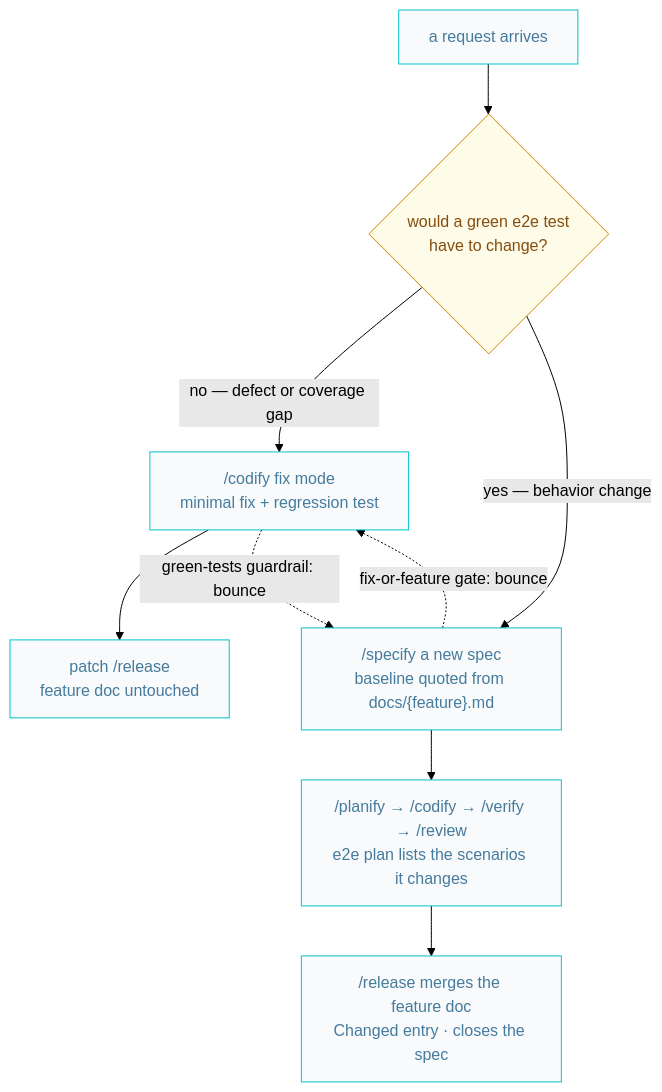
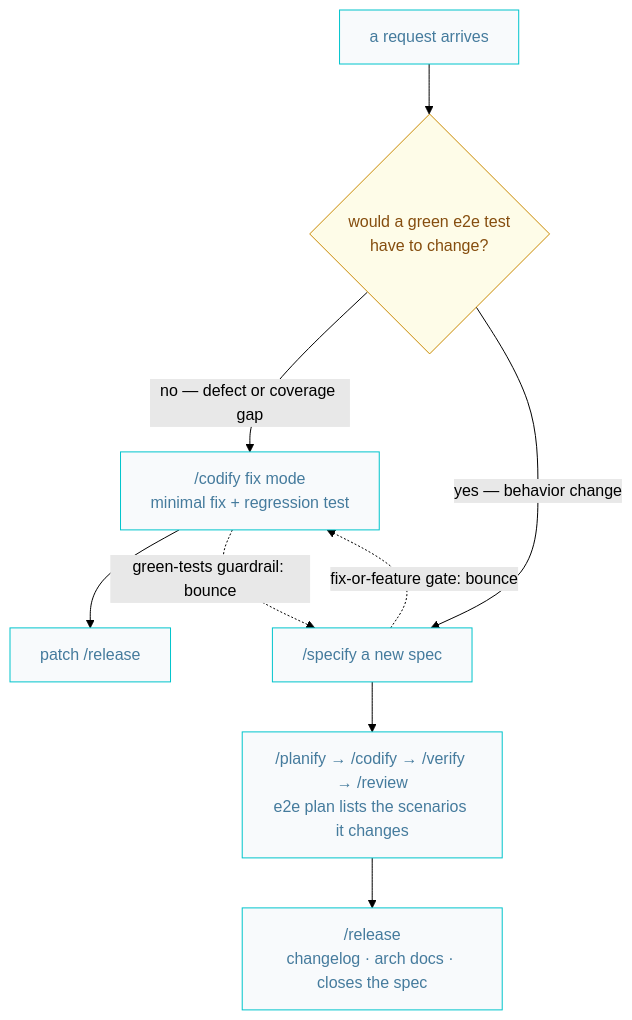
Before and after one commit to AIDDbot/AIDDbot: the fifth of 7 diagrams in docs/AIDD.diagrams.md, drawn with Mermaid (forest theme). The commit also changed other lines of this file and 16 other files, not shown here.

````diff
--- a/docs/AIDD.diagrams.md
+++ b/docs/AIDD.diagrams.md
@@ -113,17 +113,17 @@
 ```mermaid
 flowchart TD
   classDef nd fill:#f8fafc,stroke:#00c4cc,color:#457b9d
   classDef q fill:#fefce8,stroke:#ca8a04,color:#854d0e
 
   REQ["a request arrives"]:::nd --> Q{"would a green e2e test<br/>have to change?"}:::q
 
   Q -->|"no — defect or coverage gap"| FIX["/codify fix mode<br/>minimal fix + regression test"]:::nd
-  FIX --> PREL["patch /release<br/>feature doc untouched"]:::nd
+  FIX --> PREL["patch /release"]:::nd
 
-  Q -->|"yes — behavior change"| SPEC["/specify a new spec<br/>baseline quoted from docs/{feature}.md"]:::nd
+  Q -->|"yes — behavior change"| SPEC["/specify a new spec"]:::nd
   SPEC --> PIPE["/planify → /codify → /verify → /review<br/>e2e plan lists the scenarios it changes"]:::nd
-  PIPE --> MREL["/release merges the feature doc<br/>Changed entry · closes the spec"]:::nd
+  PIPE --> MREL["/release<br/>changelog · arch docs · closes the spec"]:::nd
 
   SPEC -.fix-or-feature gate: bounce.-> FIX
   FIX -.green-tests guardrail: bounce.-> SPEC
 ```
````
